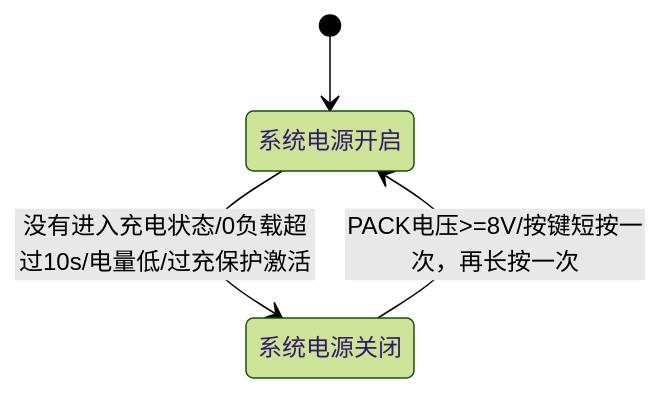
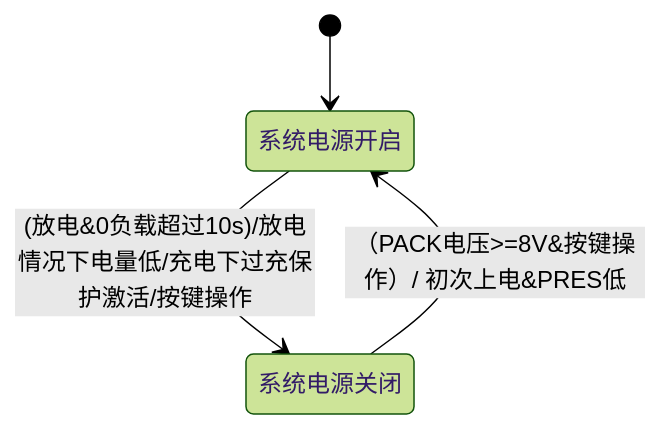
One commit to CodeMax-aaaaa/dart-ros2-workspace changed the third of 4 diagrams in src/dart_bms/README.md. Above: the diagram before and after it, drawn with Mermaid (forest theme).

````diff
--- a/src/dart_bms/README.md
+++ b/src/dart_bms/README.md
@@ -54,6 +54,6 @@
 ```mermaid
 stateDiagram-v2
     [*] --> 系统电源开启
-    系统电源开启 --> 系统电源关闭: 没有进入充电状态/0负载超过10s/电量低/过充保护激活
-    系统电源关闭 --> 系统电源开启: PACK电压>=8V/按键短按一次，再长按一次
+    系统电源开启 --> 系统电源关闭: (放电&0负载超过10s)/放电情况下电量低/充电下过充保护激活/按键操作
+    系统电源关闭 --> 系统电源开启: （PACK电压>=8V&按键操作）/ 初次上电&PRES低
 ```
````
